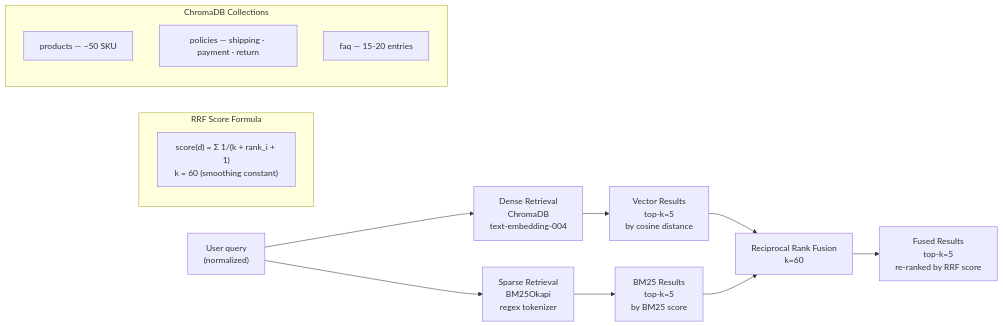
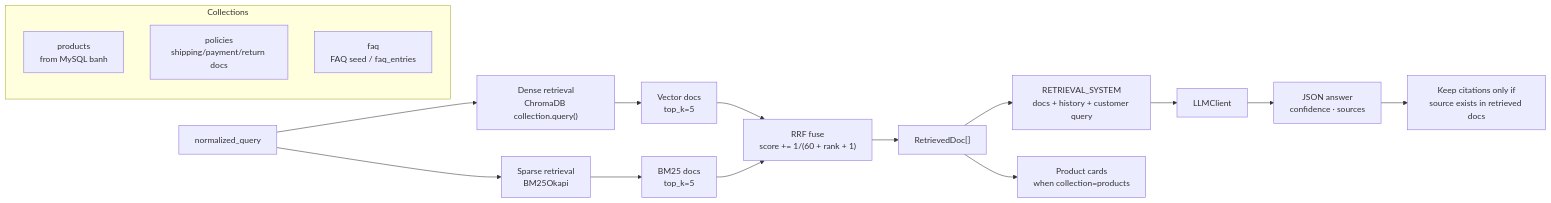
Before and after one commit to nhatanhvodev/cakev0: the fourth of 9 diagrams in docs/thesis/architecture-diagrams.md, drawn with Mermaid. The commit also changed other lines of this file and 14 other files, not shown here.

````diff
--- a/docs/thesis/architecture-diagrams.md
+++ b/docs/thesis/architecture-diagrams.md
@@ -148,24 +153,23 @@
 ```mermaid
 flowchart LR
-    Q["User query<br/>(normalized)"] --> DENSE["Dense Retrieval<br/>ChromaDB<br/>text-embedding-004"]
-    Q --> SPARSE["Sparse Retrieval<br/>BM25Okapi<br/>regex tokenizer"]
+    Q["normalized_query"] --> DENSE["Dense retrieval<br/>ChromaDB collection.query()"]
+    Q --> SPARSE["Sparse retrieval<br/>BM25Okapi"]
 
-    DENSE --> VR["Vector Results<br/>top-k=5<br/>by cosine distance"]
-    SPARSE --> BR["BM25 Results<br/>top-k=5<br/>by BM25 score"]
+    DENSE --> VR["Vector docs<br/>top_k=5"]
+    SPARSE --> BR["BM25 docs<br/>top_k=5"]
+    VR --> FUSE["RRF fuse<br/>score += 1/(60 + rank + 1)"]
+    BR --> FUSE
+    FUSE --> DOCS["RetrievedDoc[]"]
 
-    VR --> RRF["Reciprocal Rank Fusion<br/>k=60"]
-    BR --> RRF
+    DOCS --> PROMPT["RETRIEVAL_SYSTEM<br/>docs + history + customer query"]
+    PROMPT --> LLM["LLMClient"]
+    LLM --> JSON["JSON answer<br/>confidence · sources"]
+    JSON --> CITS["Keep citations only if<br/>source exists in retrieved docs"]
+    DOCS --> PRODUCTS["Product cards<br/>when collection=products"]
 
-    RRF --> FINAL["Fused Results<br/>top-k=5<br/>re-ranked by RRF score"]
-
-    subgraph RRF_Formula["RRF Score Formula"]
-        F["score(d) = Σ 1/(k + rank_i + 1)<br/>k = 60 (smoothing constant)"]
-    end
-
-    subgraph Collections["ChromaDB Collections"]
-        direction TB
-        C1["products — ~50 SKU"]
-        C2["policies — shipping · payment · return"]
-        C3["faq — 15-20 entries"]
+    subgraph Collections["Collections"]
+        C1["products<br/>from MySQL banh"]
+        C2["policies<br/>shipping/payment/return docs"]
+        C3["faq<br/>FAQ seed / faq_entries"]
     end
 ```
````
